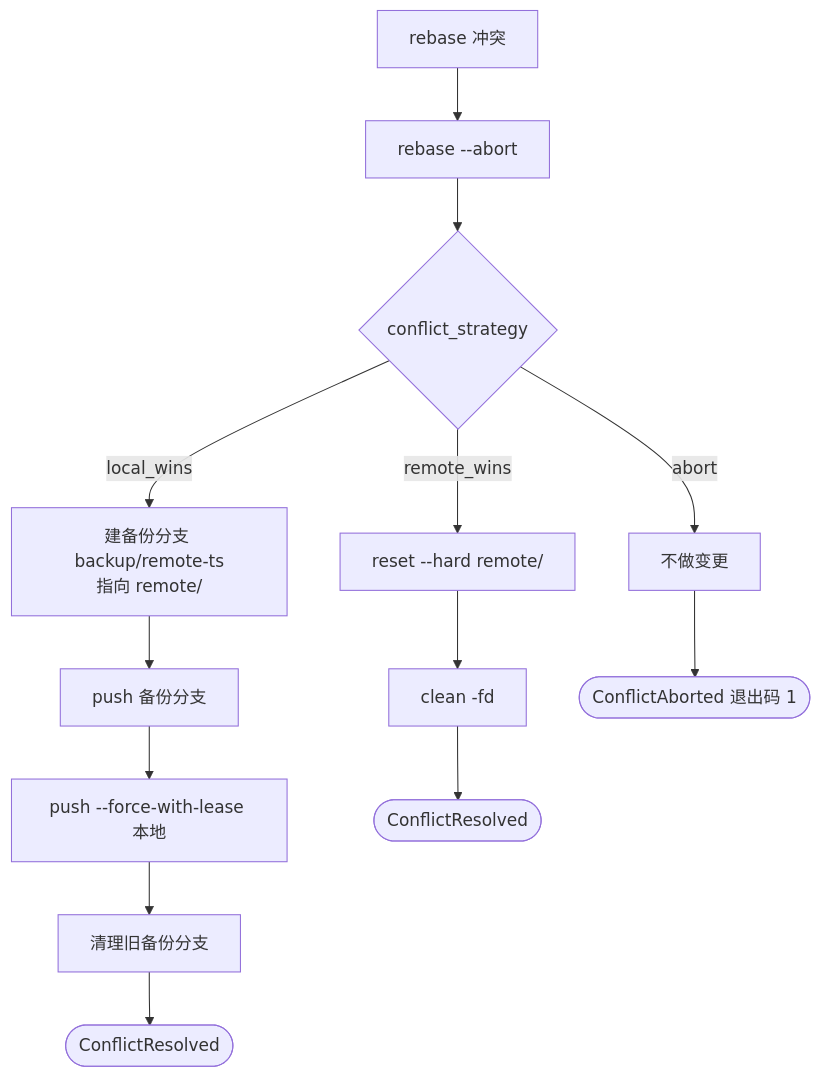
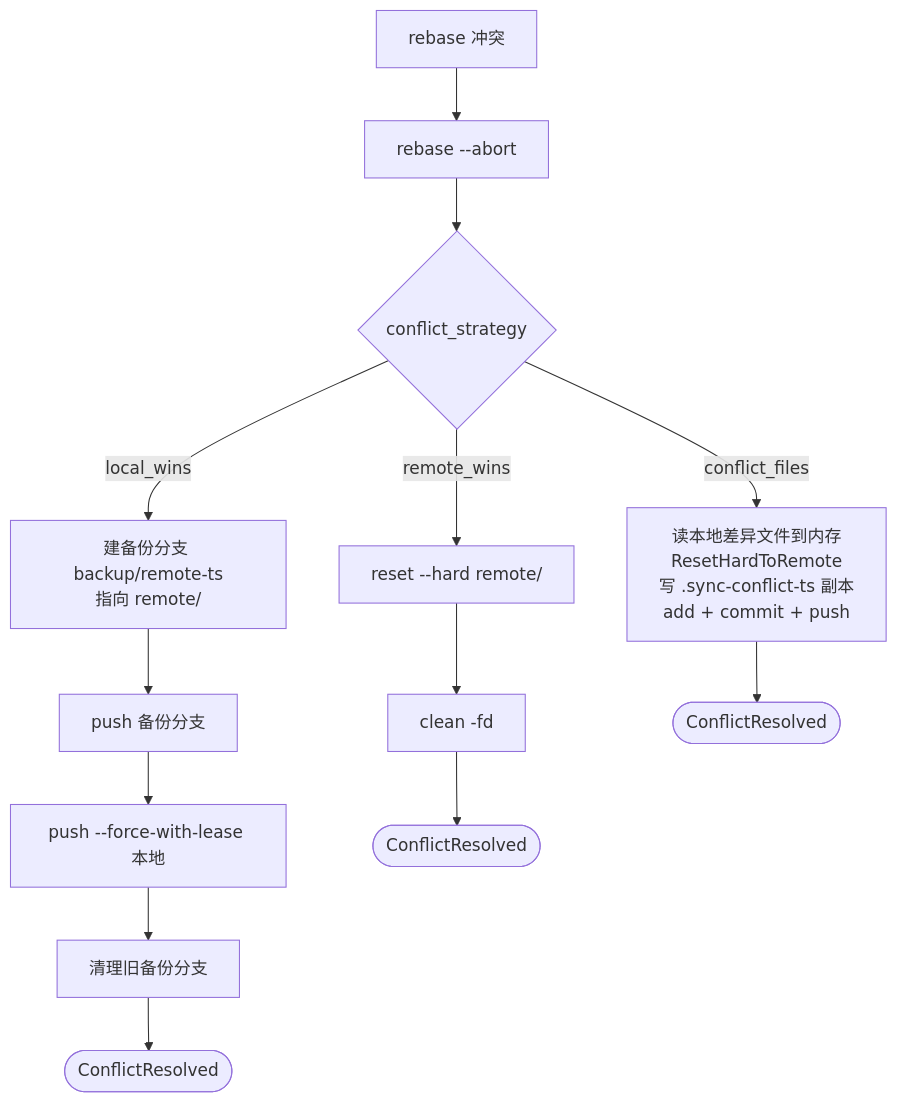
The second of 4 diagrams in docs/flow.md (int2t05/AutoSync), drawn with Mermaid before and after one commit. The commit also changed other lines of this file and 17 other files, not shown here.

First line of the commit message:
feat: 冲突策略重构——新增 conflict_files，删 abort

````diff
--- a/docs/flow.md
+++ b/docs/flow.md
@@ -52,15 +52,15 @@
 ```mermaid
 flowchart TD
   C[rebase 冲突] --> AB[rebase --abort]
   AB --> S{conflict_strategy}
   S -->|local_wins| LW[建备份分支 backup/remote-ts<br/>指向 remote/<branch>]
   LW --> LW2[push 备份分支]
   LW2 --> LW3[push --force-with-lease 本地]
   LW3 --> LW4[清理旧备份分支]
   LW4 --> R1([ConflictResolved])
   S -->|remote_wins| RW[reset --hard remote/<branch>]
   RW --> RW2[clean -fd]
   RW2 --> R2([ConflictResolved])
-  S -->|abort| AB2[不做变更]
-  AB2 --> R3([ConflictAborted 退出码 1])
+  S -->|conflict_files| CF[读本地差异文件到内存<br/>ResetHardToRemote<br/>写 .sync-conflict-ts 副本<br/>add + commit + push]
+  CF --> R3([ConflictResolved])
 ```
````
